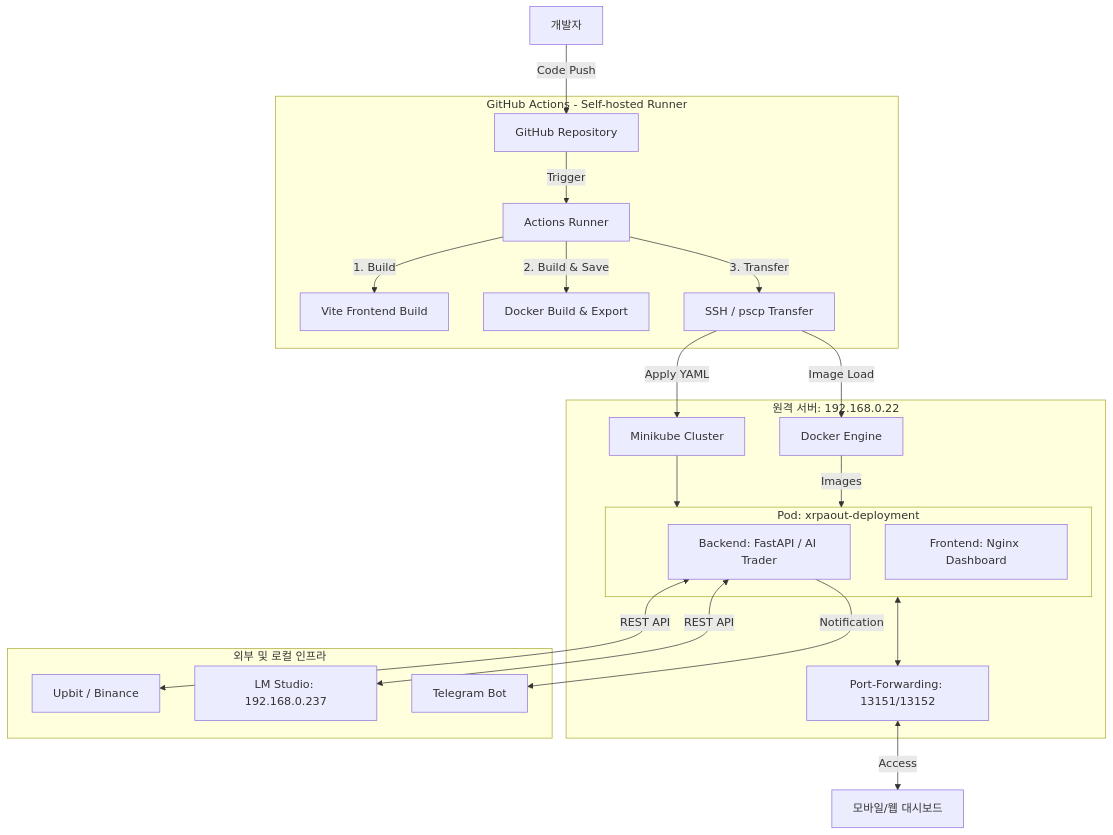
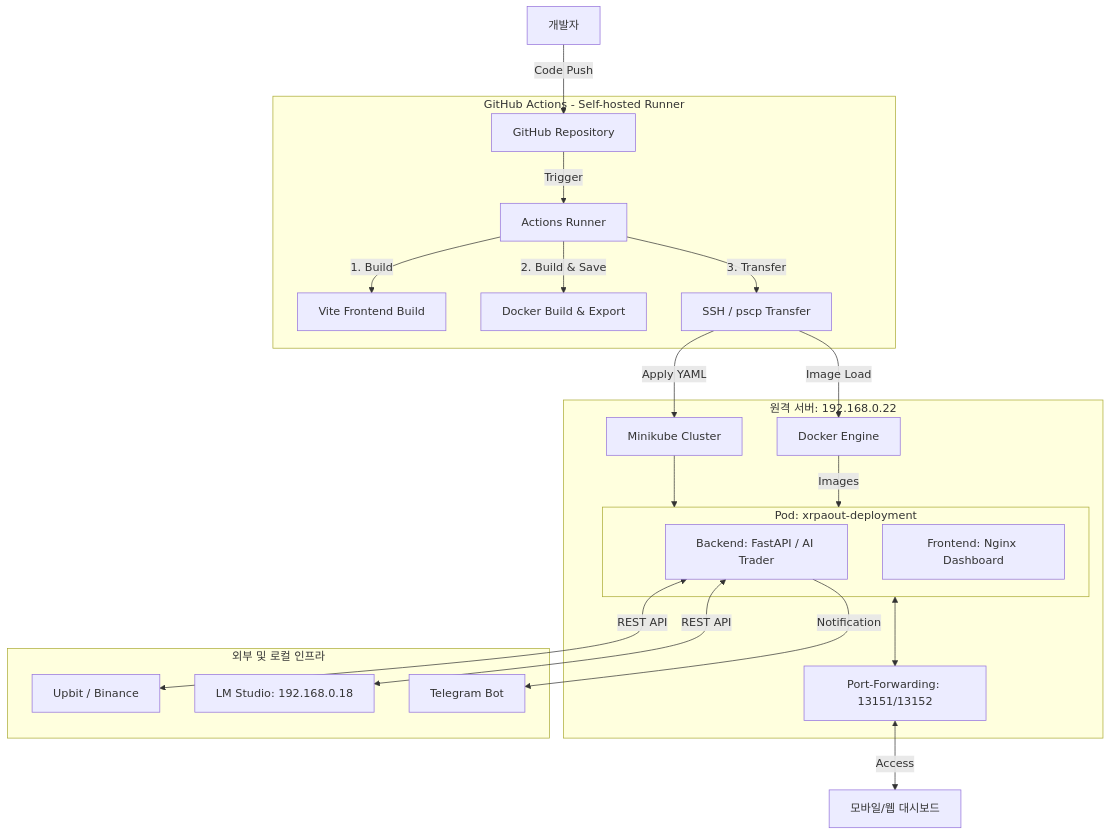
One commit to krhensam-alt/xrpaout changed the diagram in SKILL.md. Above: the diagram before and after it, drawn with Mermaid. The commit also changed other lines of this file and 1 other file, not shown here.

Commit message:
chore: update LM Studio IP address to 192.168.0.18

````diff
--- a/SKILL.md
+++ b/SKILL.md
@@ -12,41 +12,41 @@
 ```mermaid
 graph TD
     %% 사용자 및 소스 제어
     DEV[개발자] -->|Code Push| GITHUB[GitHub Repository]
 
     %% CI/CD 파이프라인
     subgraph CI_CD [GitHub Actions - Self-hosted Runner]
         GITHUB -->|Trigger| RUNNER[Actions Runner]
         RUNNER -->|1. Build| FE_BUILD[Vite Frontend Build]
         RUNNER -->|2. Build & Save| DOCKER_IMAGE[Docker Build & Export]
         RUNNER -->|3. Transfer| SSH_TRANSFER[SSH / pscp Transfer]
     end
 
     %% 원격 배포 환경
     subgraph RemoteServer [원격 서버: 192.168.0.22]
         SSH_TRANSFER -->|Image Load| R_DOCKER[Docker Engine]
         SSH_TRANSFER -->|Apply YAML| R_K8S[Minikube Cluster]
         
         subgraph K8S_Pod [Pod: xrpaout-deployment]
             BACKEND[Backend: FastAPI / AI Trader]
             FRONTEND[Frontend: Nginx Dashboard]
         end
         
         R_K8S --> K8S_Pod
         R_DOCKER -->|Images| K8S_Pod
         
         %% 포트 포워딩 레이어
         PF[Port-Forwarding: 13151/13152]
         K8S_Pod <--> PF
     end
 
     %% 외부 및 로컬 서비스
     subgraph Infrastructure [외부 및 로컬 인프라]
         BACKEND <-->|REST API| EXCHANGES[Upbit / Binance]
-        BACKEND <-->|REST API| LMSTUDIO[LM Studio: 192.168.0.237]
+        BACKEND <-->|REST API| LMSTUDIO[LM Studio: 192.168.0.18]
         BACKEND -->|Notification| TELEGRAM[Telegram Bot]
     end
 
     %% 사용자 접속
     PF <-->|Access| MOBILE[모바일/웹 대시보드]
 ```
````
